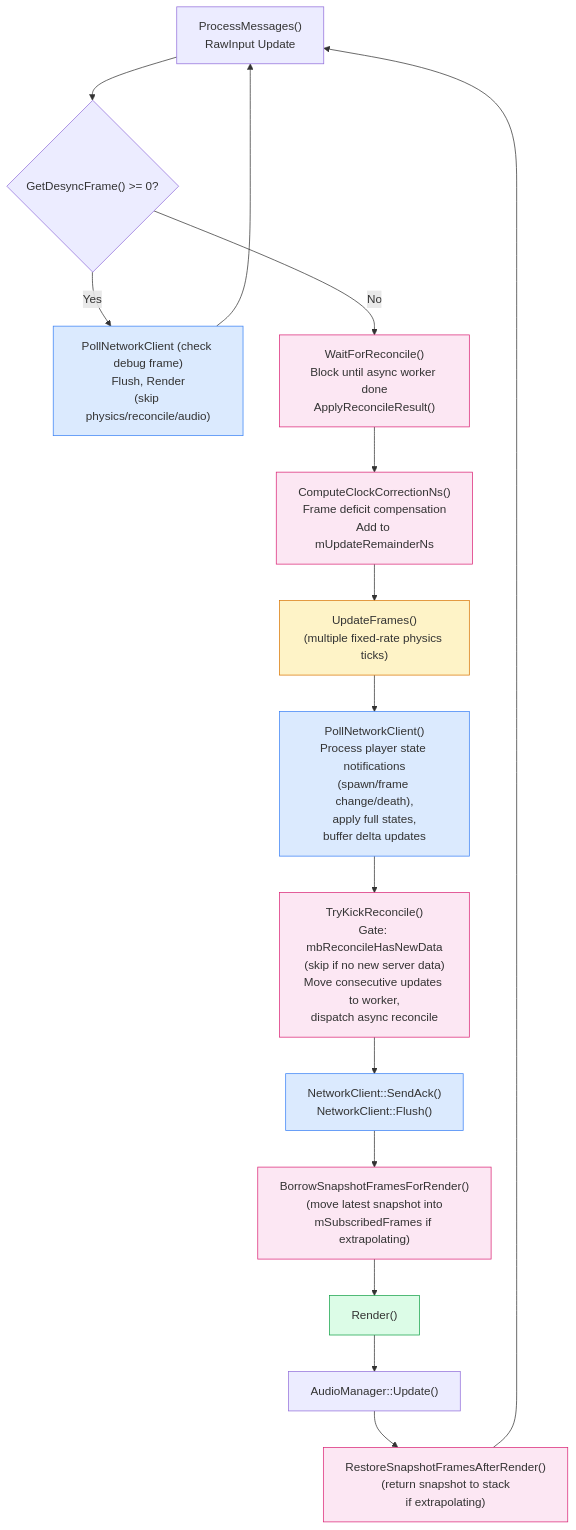
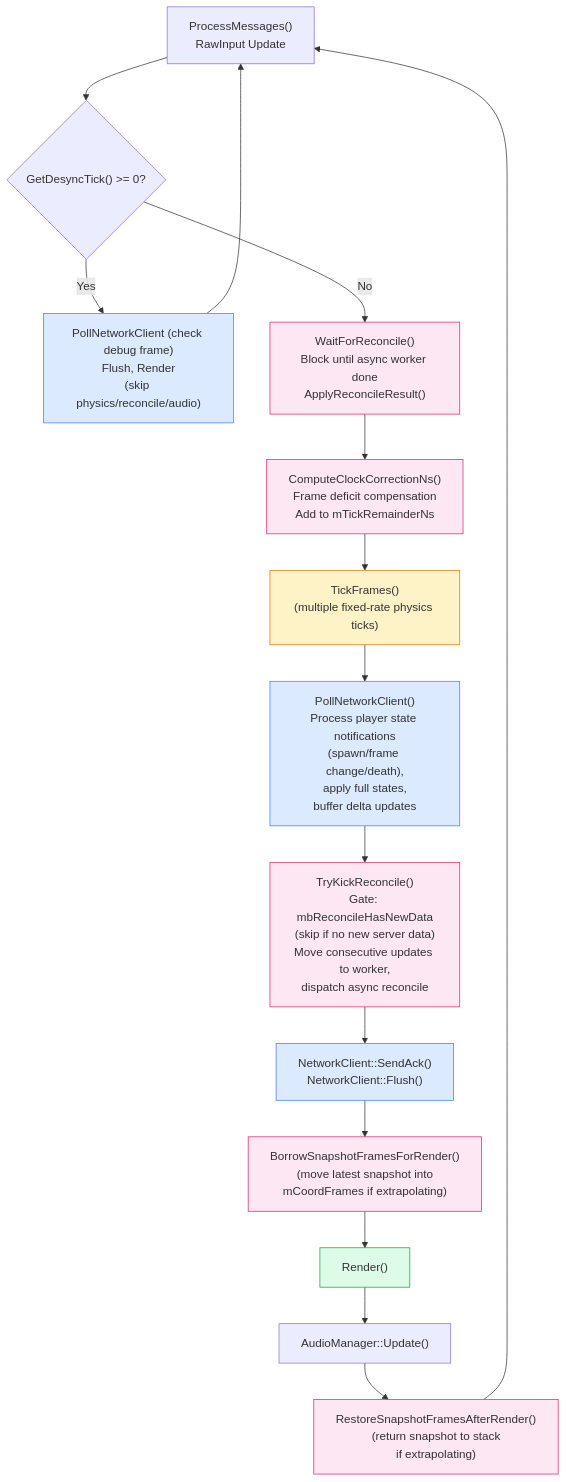
Before and after one commit to DougTanner/BrokenEnginePublic: the third of 4 diagrams in Documents/Architecture/GameReconciliation.md, drawn with Mermaid. The commit also changed other lines of this file and 151 other files, not shown here.

````diff
--- a/Documents/Architecture/GameReconciliation.md
+++ b/Documents/Architecture/GameReconciliation.md
@@ -73,36 +83,36 @@
 ```mermaid
 %%{init: {'theme': 'default'}}%%
 flowchart TD
     classDef network fill:#dbeafe,stroke:#3b82f6
     classDef physics fill:#fef3c7,stroke:#d97706
     classDef render fill:#dcfce7,stroke:#16a34a
     classDef reconcile fill:#fce7f3,stroke:#db2777
 
     MSG["ProcessMessages()<br/>RawInput Update"] --> DESYNC_CHECK
 
-    DESYNC_CHECK{"GetDesyncFrame() >= 0?"}
+    DESYNC_CHECK{"GetDesyncTick() >= 0?"}
     DESYNC_CHECK -->|"Yes"| DEBUG_PATH["PollNetworkClient (check debug frame)<br/>Flush, Render<br/>(skip physics/reconcile/audio)"]:::network
     DEBUG_PATH --> MSG
 
     DESYNC_CHECK -->|"No"| WAIT["WaitForReconcile()<br/>Block until async worker done<br/>ApplyReconcileResult()"]:::reconcile
 
-    WAIT --> CLOCK["ComputeClockCorrectionNs()<br/>Frame deficit compensation<br/>Add to mUpdateRemainderNs"]:::reconcile
+    WAIT --> CLOCK["ComputeClockCorrectionNs()<br/>Frame deficit compensation<br/>Add to mTickRemainderNs"]:::reconcile
 
-    CLOCK --> PHYSICS["UpdateFrames()<br/>(multiple fixed-rate physics ticks)"]:::physics
+    CLOCK --> PHYSICS["TickFrames()<br/>(multiple fixed-rate physics ticks)"]:::physics
 
     PHYSICS --> POLL["PollNetworkClient()<br/>Process player state notifications<br/>(spawn/frame change/death),<br/>apply full states,<br/>buffer delta updates"]:::network
 
     POLL --> KICK["TryKickReconcile()<br/>Gate: mbReconcileHasNewData<br/>(skip if no new server data)<br/>Move consecutive updates to worker,<br/>dispatch async reconcile"]:::reconcile
 
     KICK --> SEND["NetworkClient::SendAck()<br/>NetworkClient::Flush()"]:::network
 
-    SEND --> BORROW["BorrowSnapshotFramesForRender()<br/>(move latest snapshot into<br/>mSubscribedFrames if extrapolating)"]:::reconcile
+    SEND --> BORROW["BorrowSnapshotFramesForRender()<br/>(move latest snapshot into<br/>mCoordFrames if extrapolating)"]:::reconcile
 
     BORROW --> RENDER["Render()"]:::render
 
     RENDER --> AUDIO["AudioManager::Update()"]
 
     AUDIO --> RESTORE["RestoreSnapshotFramesAfterRender()<br/>(return snapshot to stack<br/>if extrapolating)"]:::reconcile
 
     RESTORE --> MSG
 ```
````
